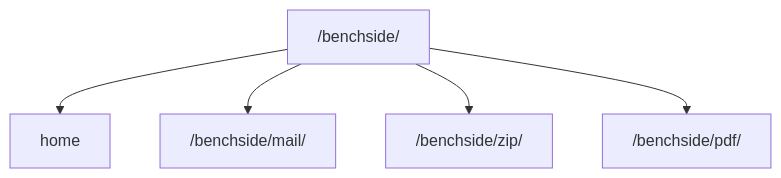
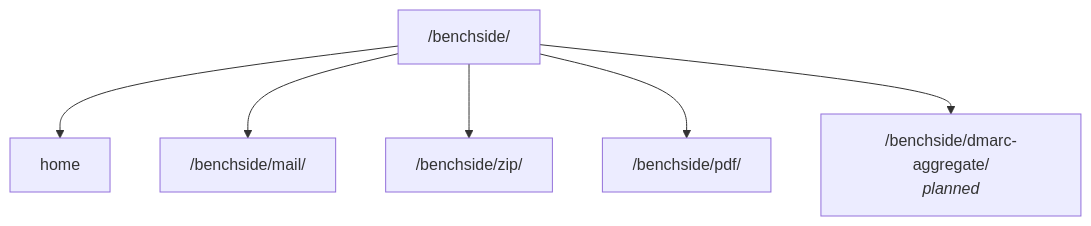
Before and after one commit to photom/benchside: the fifth of 6 diagrams in docs/explanation/architecture.md, drawn with Mermaid. The commit also changed other lines of this file and 32 other files, not shown here.

First line of the commit message:
Specify and design the DMARC aggregate report analyzer (#14)

````diff
--- a/docs/explanation/architecture.md
+++ b/docs/explanation/architecture.md
@@ -115,7 +124,8 @@
 ```mermaid
 flowchart TD
   root["/benchside/"] --> h[home]
   root --> m["/benchside/mail/"]
   root --> z["/benchside/zip/"]
   root --> p["/benchside/pdf/"]
+  root --> d["/benchside/dmarc-aggregate/<br/><i>planned</i>"]
 ```
````
